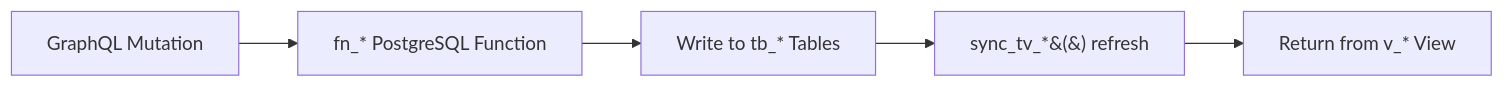
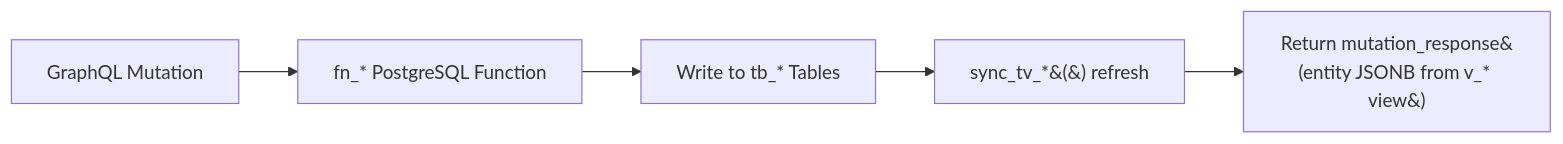
One commit to fraiseql/fraiseql-docs changed the diagram in src/content/docs/concepts/mutations.mdx. Above: the diagram before and after it, drawn with Mermaid. The commit also changed other lines of this file and 122 other files, not shown here.

````diff
--- a/src/content/docs/concepts/mutations.mdx
+++ b/src/content/docs/concepts/mutations.mdx
@@ -16,7 +16,7 @@
 ```mermaid
 graph LR
     A[GraphQL Mutation] --> B[fn_* PostgreSQL Function]
     B --> C[Write to tb_* Tables]
     C --> D[sync_tv_*&#40;&#41; refresh]
-    D --> E[Return from v_* View]
+    D --> E[Return mutation_response&#40;entity JSONB from v_* view&#41;]
 ```
````
